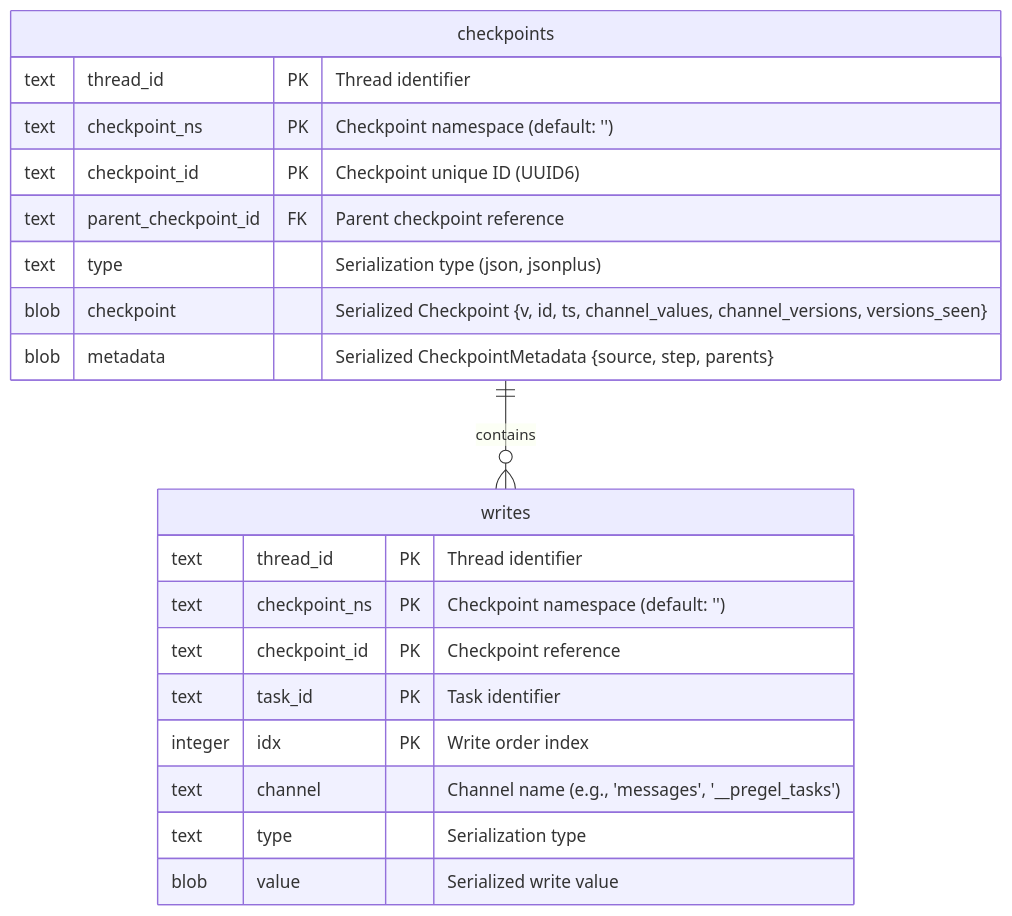
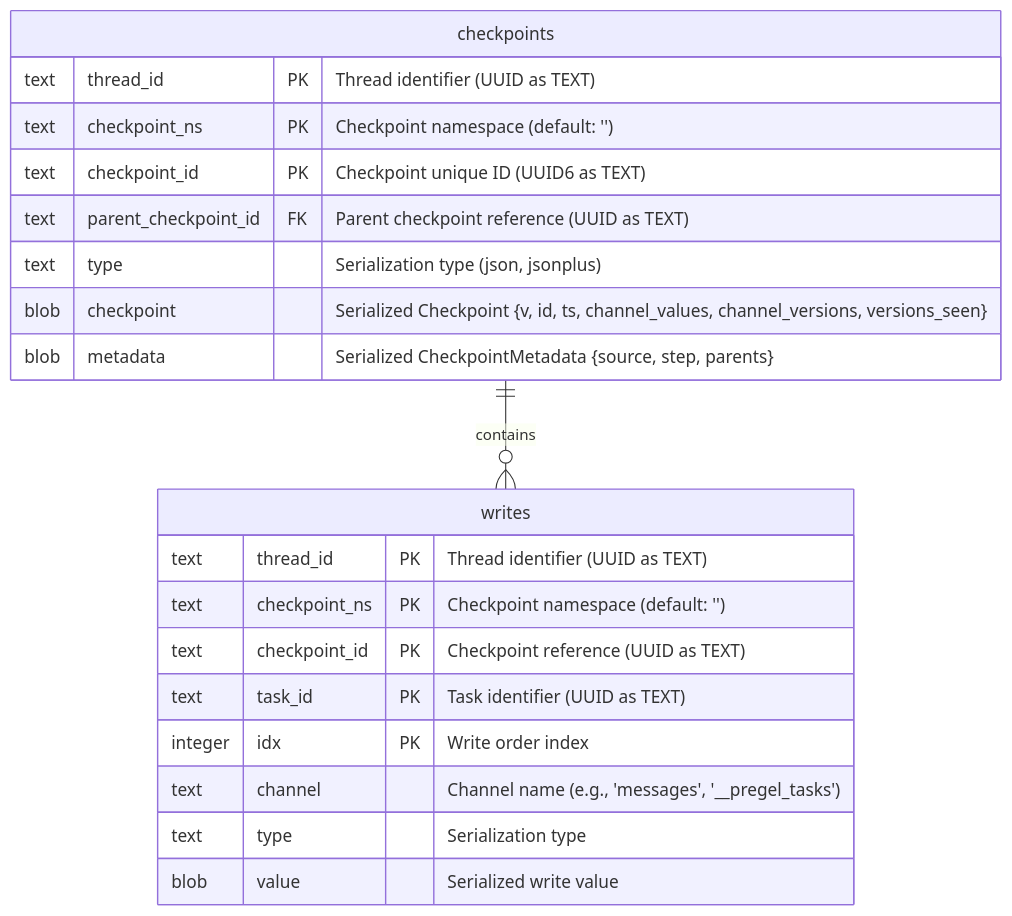
One commit to openkraken-ai/openkraken changed the first of 6 diagrams in TechSpec.md. Above: the diagram before and after it, drawn with Mermaid. The commit also changed other lines of this file and 1 other file, not shown here.

````diff
--- a/TechSpec.md
+++ b/TechSpec.md
@@ -444,25 +444,25 @@
 ```mermaid
 erDiagram
     checkpoints {
-        text thread_id PK "Thread identifier"
+        text thread_id PK "Thread identifier (UUID as TEXT)"
         text checkpoint_ns PK "Checkpoint namespace (default: '')"
-        text checkpoint_id PK "Checkpoint unique ID (UUID6)"
-        text parent_checkpoint_id FK "Parent checkpoint reference"
+        text checkpoint_id PK "Checkpoint unique ID (UUID6 as TEXT)"
+        text parent_checkpoint_id FK "Parent checkpoint reference (UUID as TEXT)"
         text type "Serialization type (json, jsonplus)"
         blob checkpoint "Serialized Checkpoint {v, id, ts, channel_values, channel_versions, versions_seen}"
         blob metadata "Serialized CheckpointMetadata {source, step, parents}"
     }
     
     writes {
-        text thread_id PK "Thread identifier"
+        text thread_id PK "Thread identifier (UUID as TEXT)"
         text checkpoint_ns PK "Checkpoint namespace (default: '')"
-        text checkpoint_id PK "Checkpoint reference"
-        text task_id PK "Task identifier"
+        text checkpoint_id PK "Checkpoint reference (UUID as TEXT)"
+        text task_id PK "Task identifier (UUID as TEXT)"
         integer idx PK "Write order index"
         text channel "Channel name (e.g., 'messages', '__pregel_tasks')"
         text type "Serialization type"
         blob value "Serialized write value"
     }
     
     checkpoints ||--o{ writes : "contains"
 ```
````
